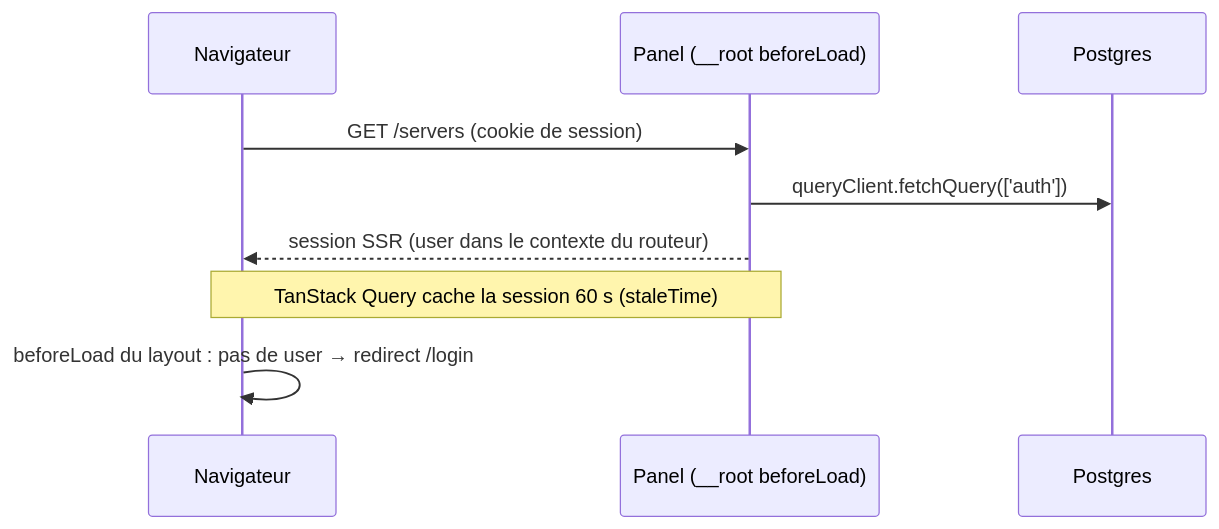
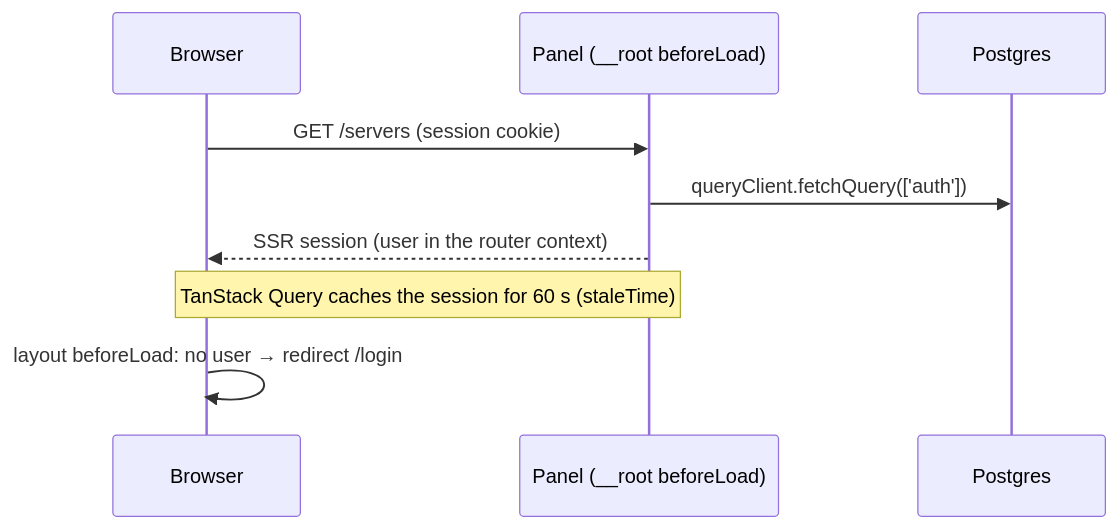
Before and after one commit to mojito-panel/panel: the second of 9 diagrams in docs/communications.md, drawn with Mermaid. The commit also changed other lines of this file and 81 other files, not shown here.

````diff
--- a/docs/communications.md
+++ b/docs/communications.md
@@ -56,12 +56,12 @@
 ```mermaid
 sequenceDiagram
-    participant N as Navigateur
+    participant N as Browser
     participant P as Panel (__root beforeLoad)
     participant D as Postgres
 
-    N->>P: GET /servers (cookie de session)
+    N->>P: GET /servers (session cookie)
     P->>D: queryClient.fetchQuery(['auth'])
-    P-->>N: session SSR (user dans le contexte du routeur)
-    Note over N,P: TanStack Query cache la session 60 s (staleTime)
-    N->>N: beforeLoad du layout : pas de user → redirect /login
+    P-->>N: SSR session (user in the router context)
+    Note over N,P: TanStack Query caches the session for 60 s (staleTime)
+    N->>N: layout beforeLoad: no user → redirect /login
 ```
````
